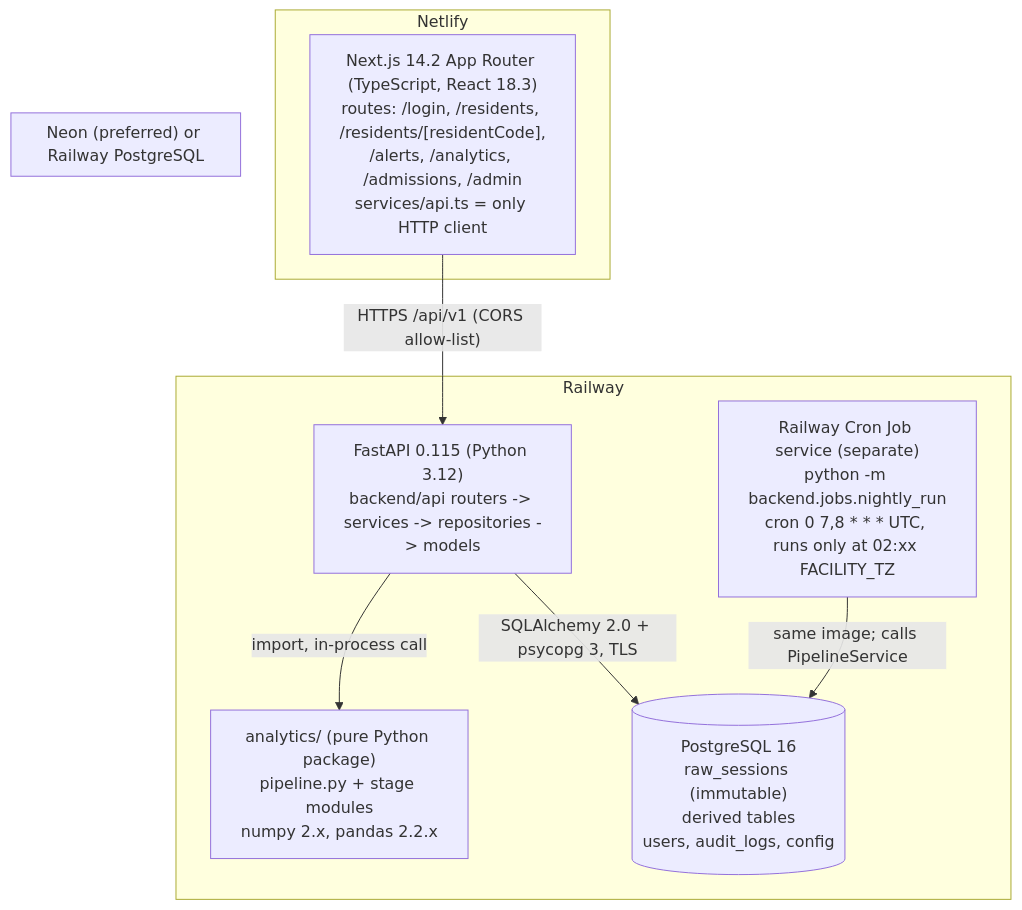
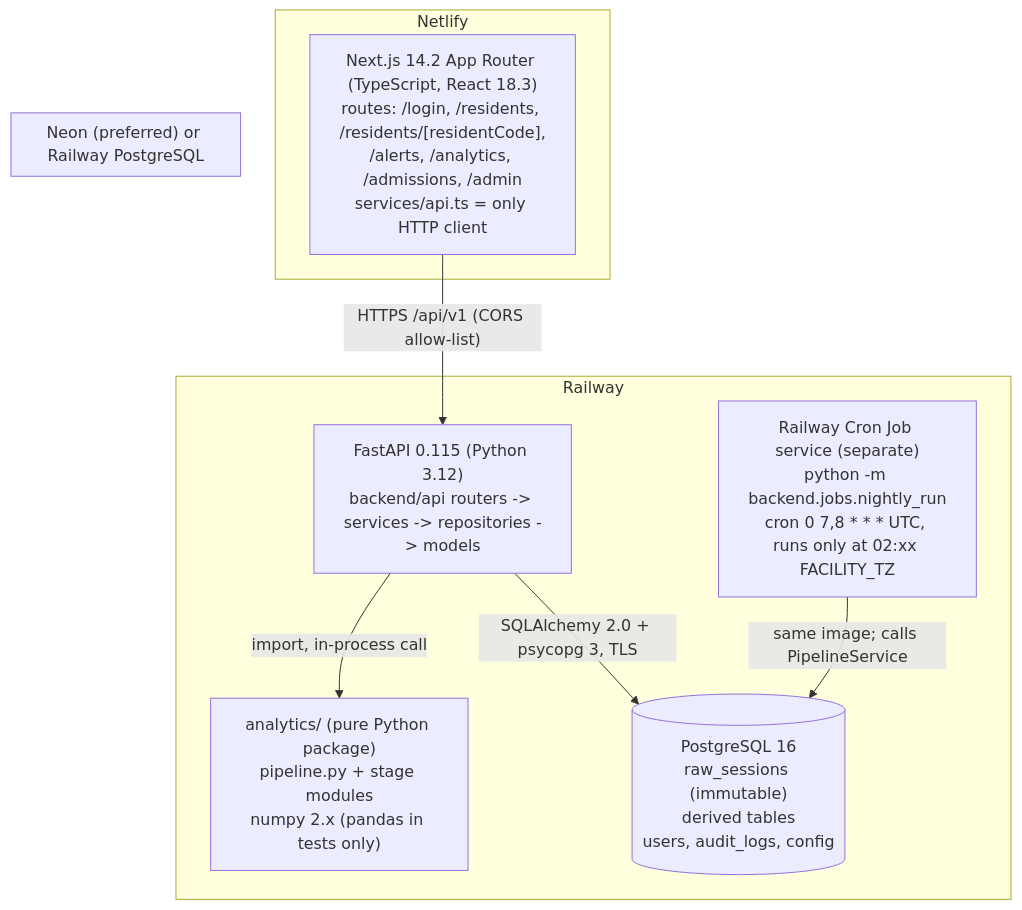
One commit to EchoWellApp/echowell changed the second of 7 diagrams in specs/TRD/01_System_Architecture_TRD.md. Above: the diagram before and after it, drawn with Mermaid. The commit also changed other lines of this file and 26 other files, not shown here.

````diff
--- a/specs/TRD/01_System_Architecture_TRD.md
+++ b/specs/TRD/01_System_Architecture_TRD.md
@@ -72,18 +72,18 @@
 ```mermaid
 flowchart TB
     subgraph Netlify
         NX["Next.js 14.2 App Router (TypeScript, React 18.3)<br/>routes: /login, /residents, /residents/[residentCode],<br/>/alerts, /analytics, /admissions, /admin<br/>services/api.ts = only HTTP client"]
     end
     subgraph Railway
         API["FastAPI 0.115 (Python 3.12)<br/>backend/api routers -> services -> repositories -> models"]
-        ANA["analytics/ (pure Python package)<br/>pipeline.py + stage modules<br/>numpy 2.x, pandas 2.2.x"]
+        ANA["analytics/ (pure Python package)<br/>pipeline.py + stage modules<br/>numpy 2.x (pandas in tests only)"]
         SCH["Railway Cron Job service (separate)<br/>python -m backend.jobs.nightly_run<br/>cron 0 7,8 * * * UTC, runs only at 02:xx FACILITY_TZ"]
         API -- "import, in-process call" --> ANA
         SCH -- "same image; calls PipelineService" --> PG
     end
     subgraph Neon["Neon (preferred) or Railway PostgreSQL"]
         PG[("PostgreSQL 16<br/>raw_sessions (immutable)<br/>derived tables<br/>users, audit_logs, config")]
     end
     NX -- "HTTPS /api/v1 (CORS allow-list)" --> API
     API -- "SQLAlchemy 2.0 + psycopg 3, TLS" --> PG
 ```
````
